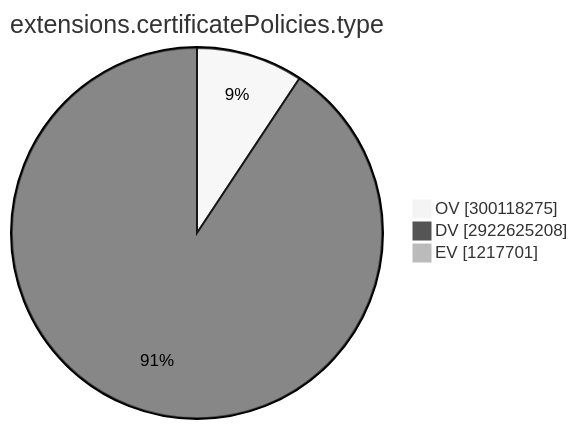
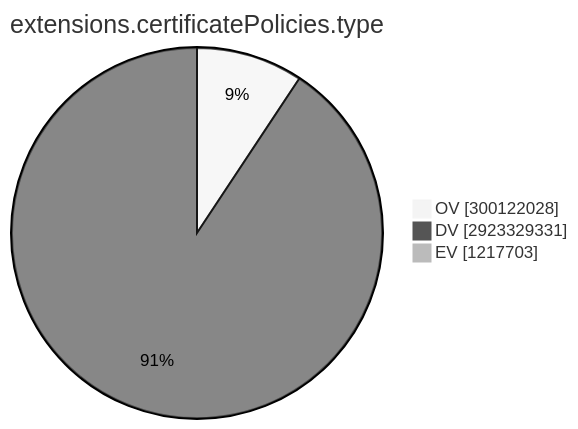
One commit to christiankrug/ctmonitor_visualization changed the ninth of 15 diagrams in TOTAL/README.md. Above: the diagram before and after it, drawn with Mermaid (neutral theme). The commit also changed other lines of this file, not shown here.

````diff
--- a/TOTAL/README.md
+++ b/TOTAL/README.md
@@ -3101,7 +3101,7 @@
 ```mermaid
 pie showData
 title extensions.certificatePolicies.type
-"OV" :300118275
-"DV" :2922625208
-"EV" :1217701
+"OV" :300122028
+"DV" :2923329331
+"EV" :1217703
 ```
````
